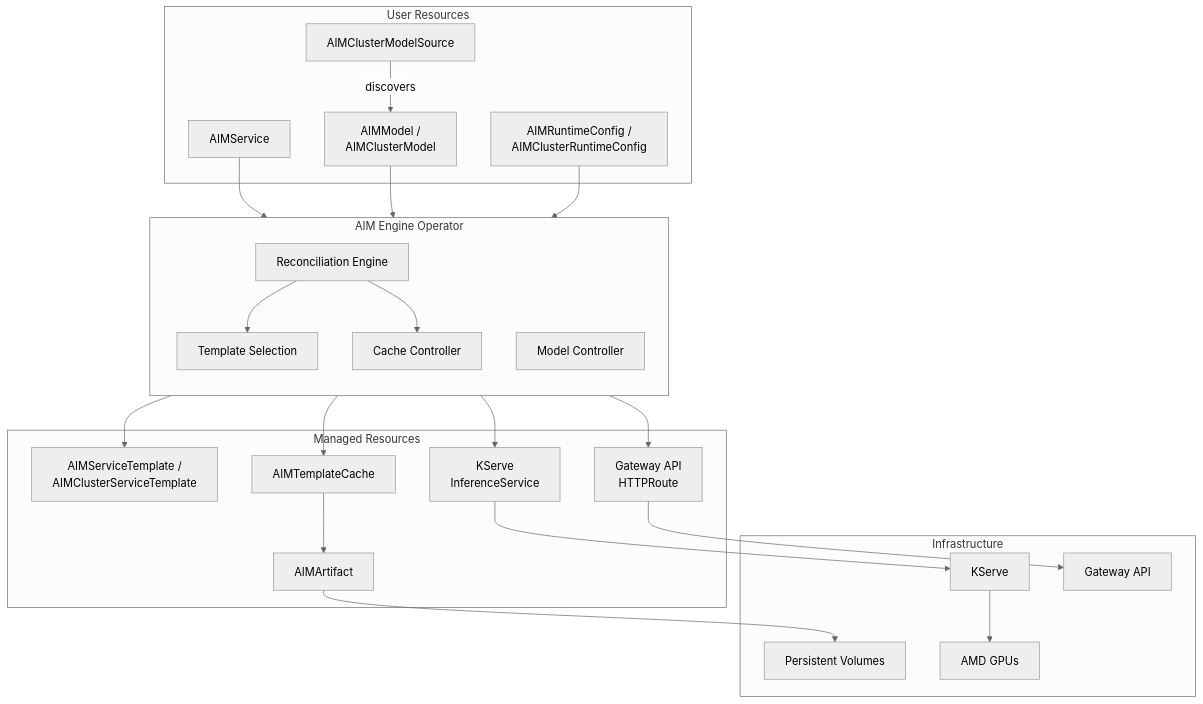
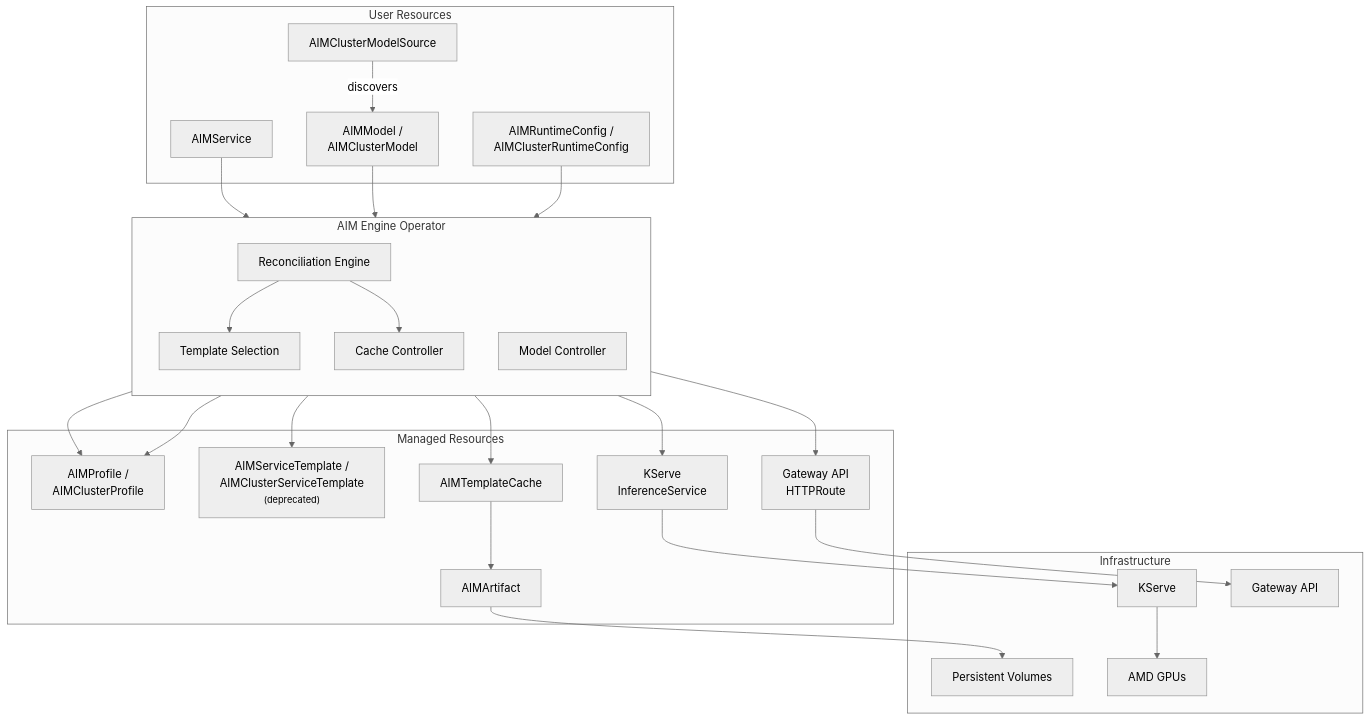
The first of 3 diagrams in docs/docs/getting-started/architecture.md (amd-enterprise-ai/aim-engine), drawn with Mermaid (neutral theme) before and after one commit. The commit also changed other lines of this file and 49 other files, not shown here.

````diff
--- a/docs/docs/getting-started/architecture.md
+++ b/docs/docs/getting-started/architecture.md
@@ -7,51 +7,54 @@
 ```mermaid
 graph TB
     subgraph User["User Resources"]
         AIMService["AIMService"]
         AIMModel["AIMModel /<br/>AIMClusterModel"]
         ModelSource["AIMClusterModelSource"]
         RuntimeConfig["AIMRuntimeConfig /<br/>AIMClusterRuntimeConfig"]
     end
 
     subgraph Operator["AIM Engine Operator"]
         direction TB
         Reconciler["Reconciliation Engine"]
         Selection["Template Selection"]
         CacheCtrl["Cache Controller"]
         ModelCtrl["Model Controller"]
     end
 
     subgraph Managed["Managed Resources"]
-        Template["AIMServiceTemplate /<br/>AIMClusterServiceTemplate"]
+        Profile["AIMProfile /<br/>AIMClusterProfile"]
+        Template["AIMServiceTemplate /<br/>AIMClusterServiceTemplate<br/><small>(deprecated)</small>"]
         TemplateCache["AIMTemplateCache"]
         Artifact["AIMArtifact"]
         ISVC["KServe<br/>InferenceService"]
         HTTPRoute["Gateway API<br/>HTTPRoute"]
     end
 
     subgraph Infra["Infrastructure"]
         KServe["KServe"]
         GatewayAPI["Gateway API"]
         PVC["Persistent Volumes"]
         GPU["AMD GPUs"]
     end
 
     AIMService --> Reconciler
     AIMModel --> ModelCtrl
     ModelSource -->|discovers| AIMModel
     RuntimeConfig --> Reconciler
 
+    ModelCtrl --> Profile
     Reconciler --> Selection
+    Selection --> Profile
     Selection --> Template
     Reconciler --> CacheCtrl
     CacheCtrl --> TemplateCache
     TemplateCache --> Artifact
     Artifact --> PVC
 
     Reconciler --> ISVC
     Reconciler --> HTTPRoute
 
     ISVC --> KServe
     HTTPRoute --> GatewayAPI
     KServe --> GPU
 ```
````
